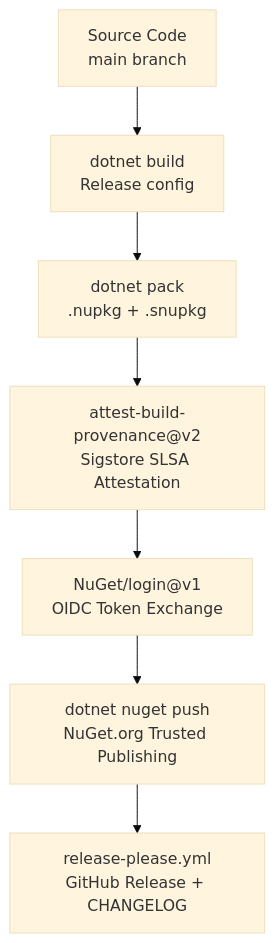
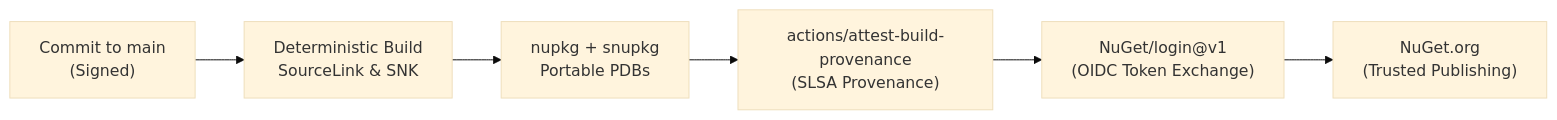
Before and after one commit to ericksonlopezf/dotnet-auditing: the second of 2 diagrams in docs/ci-cd-and-quality.md, drawn with Mermaid (base theme). The commit also changed other lines of this file and 238 other files, not shown here.

Commit message:
feat!: enterprise architecture overhaul, forensic integrity, outbox & analyzers

````diff
--- a/docs/ci-cd-and-quality.md
+++ b/docs/ci-cd-and-quality.md
@@ -150,9 +200,8 @@
 ```mermaid
-graph TD
-    Code["Source Code<br/>main branch"] --> Build["dotnet build<br/>Release config"]
-    Build --> Pack["dotnet pack<br/>.nupkg + .snupkg"]
-    Pack --> Attest["attest-build-provenance@v2<br/>Sigstore SLSA Attestation"]
-    Attest --> NuGetLogin["NuGet/login@v1<br/>OIDC Token Exchange"]
-    NuGetLogin --> Push["dotnet nuget push<br/>NuGet.org Trusted Publishing"]
-    Push --> Release["release-please.yml<br/>GitHub Release + CHANGELOG"]
+graph LR
+    Source["Commit to main<br/>(Signed)"] --> CI["Deterministic Build<br/>SourceLink & SNK"]
+    CI --> Pack["nupkg + snupkg<br/>Portable PDBs"]
+    Pack --> Sigstore["actions/attest-build-provenance<br/>(SLSA Provenance)"]
+    Sigstore --> OIDC["NuGet/login@v1<br/>(OIDC Token Exchange)"]
+    OIDC --> NuGet["NuGet.org<br/>(Trusted Publishing)"]
 ```
````
